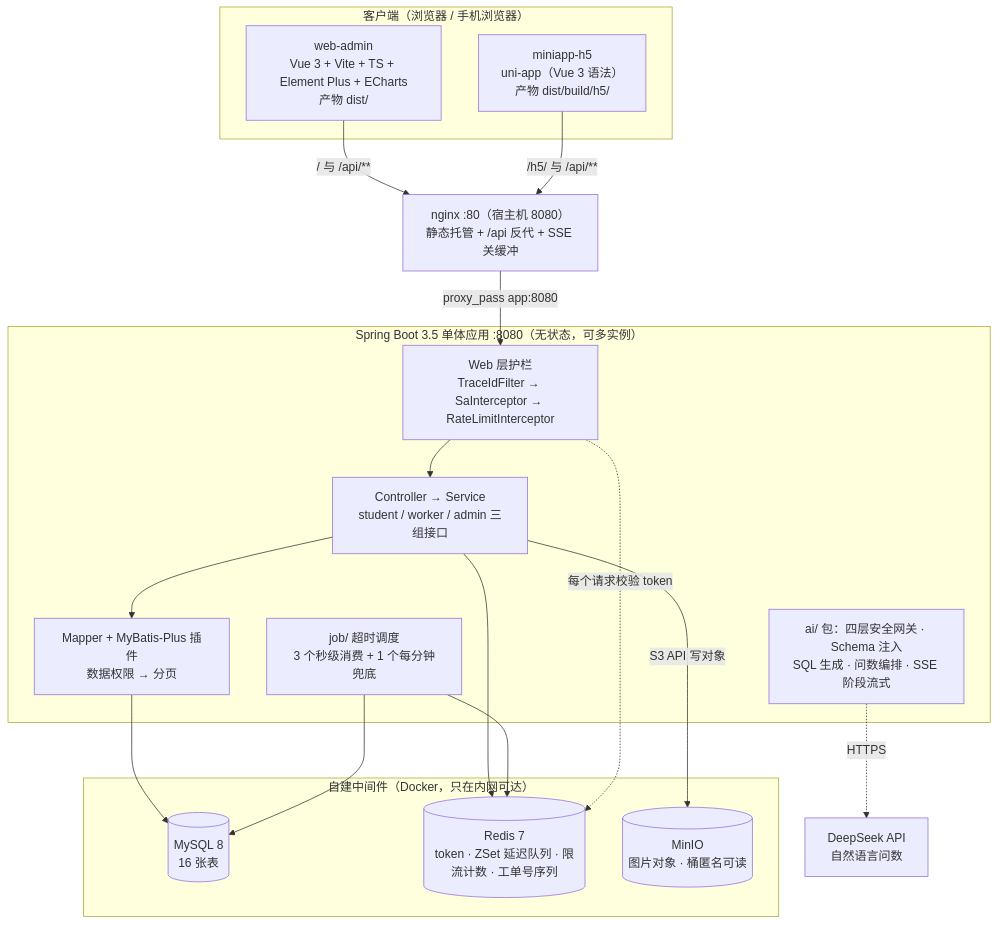
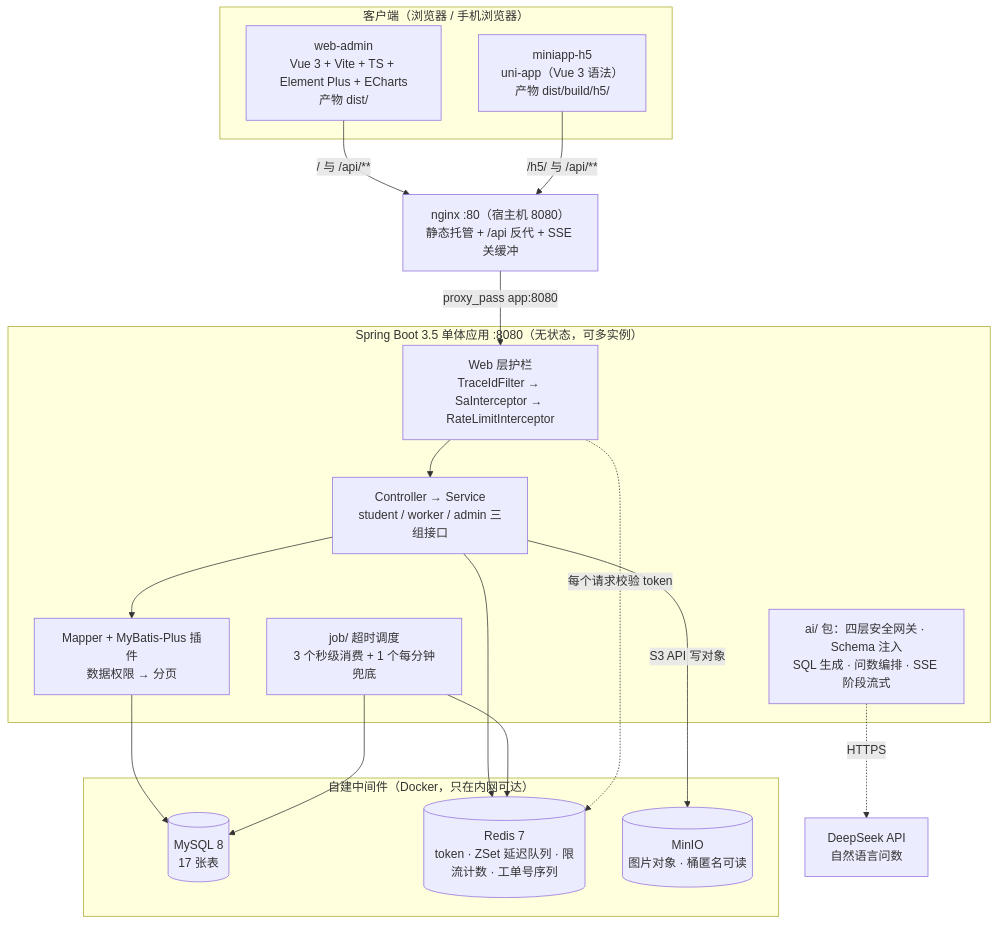
The second of 11 diagrams in docs/06-架构图.md (bluemalic/repair-platform), drawn with Mermaid before and after one commit. The commit also changed other lines of this file and 6 other files, not shown here.

````diff
--- a/docs/06-架构图.md
+++ b/docs/06-架构图.md
@@ -76,38 +76,38 @@
 ```mermaid
 flowchart TB
     subgraph client["客户端（浏览器 / 手机浏览器）"]
         adminApp["web-admin<br/>Vue 3 + Vite + TS + Element Plus + ECharts<br/>产物 dist/"]
         h5App["miniapp-h5<br/>uni-app（Vue 3 语法）<br/>产物 dist/build/h5/"]
     end
 
     nginx["nginx :80（宿主机 8080）<br/>静态托管 + /api 反代 + SSE 关缓冲"]
 
     subgraph boot["Spring Boot 3.5 单体应用 :8080（无状态，可多实例）"]
         guard["Web 层护栏<br/>TraceIdFilter → SaInterceptor → RateLimitInterceptor"]
         biz["Controller → Service<br/>student / worker / admin 三组接口"]
         orm["Mapper + MyBatis-Plus 插件<br/>数据权限 → 分页"]
         sched["job/ 超时调度<br/>3 个秒级消费 + 1 个每分钟兜底"]
         aiPkg["ai/ 包：四层安全网关 · Schema 注入<br/>SQL 生成 · 问数编排 · SSE 阶段流式"]
     end
 
     subgraph infra["自建中间件（Docker，只在内网可达）"]
-        mysql[("MySQL 8<br/>16 张表")]
+        mysql[("MySQL 8<br/>17 张表")]
         redis[("Redis 7<br/>token · ZSet 延迟队列 · 限流计数 · 工单号序列")]
         minio[("MinIO<br/>图片对象 · 桶匿名可读")]
     end
 
     deepseek["DeepSeek API<br/>自然语言问数"]
 
     adminApp -->|"/ 与 /api/**"| nginx
     h5App -->|"/h5/ 与 /api/**"| nginx
     nginx -->|"proxy_pass app:8080"| guard
     guard --> biz
     biz --> orm
     orm --> mysql
     biz --> redis
     biz -->|"S3 API 写对象"| minio
     sched --> redis
     sched --> mysql
     guard -.->|"每个请求校验 token"| redis
     aiPkg -.->|"HTTPS"| deepseek
 ```
````
